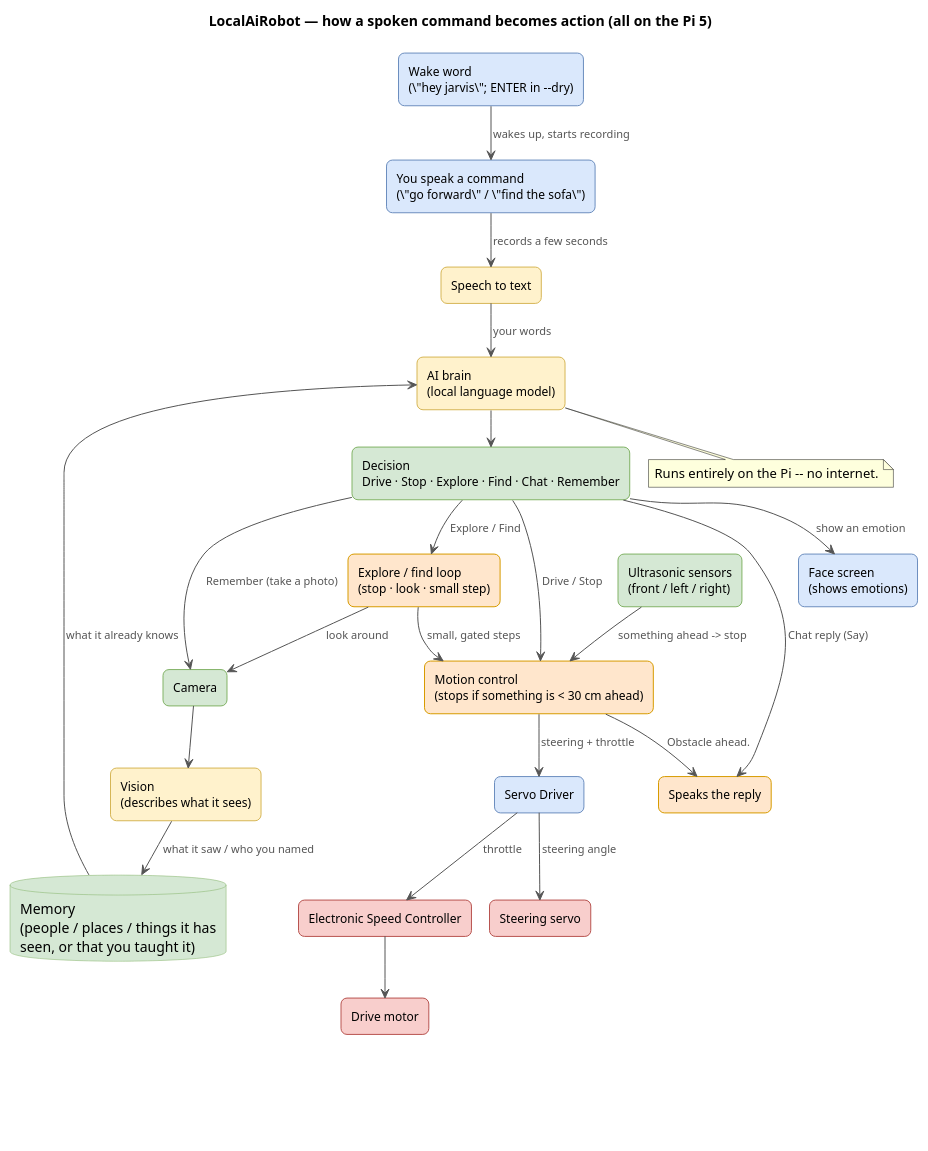
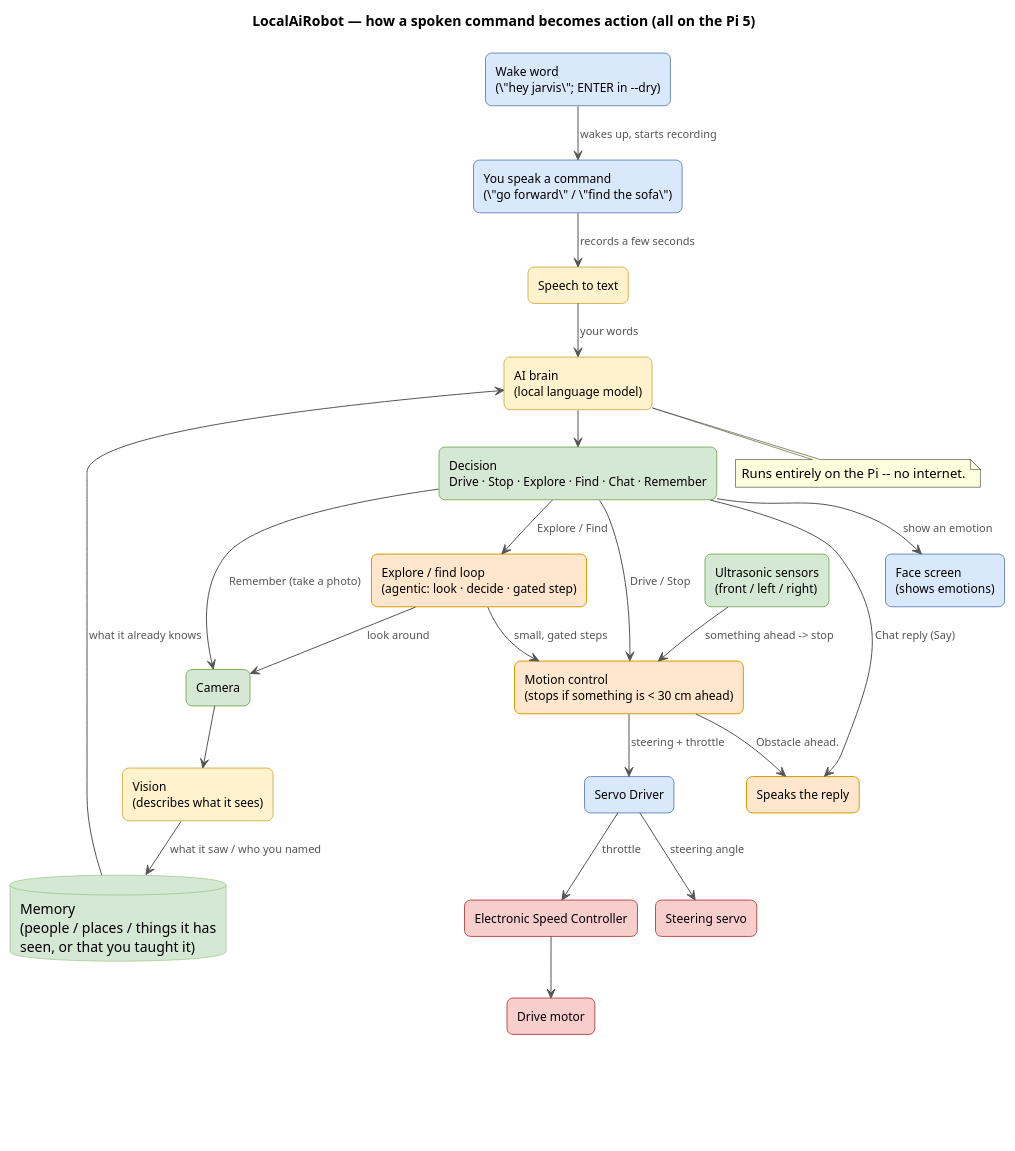
Before and after one commit to shen747/LocalAiRobot: the diagram in docs/images/basic_control_flow.puml, drawn with PlantUML. The commit also changed 20 other files, not shown here.

```diff
--- a/docs/images/basic_control_flow.puml
+++ b/docs/images/basic_control_flow.puml
@@ -1,105 +1,105 @@
 @startuml basic_control_flow
 ' LocalAiRobot — how a spoken command becomes action (everything runs on the Pi 5).
 ' This source lives next to its render. Regenerate in place (writes basic_control_flow.png here):
 '   plantuml -tpng docs/images/basic_control_flow.puml
 ' No Graphviz needed: !pragma layout smetana uses PlantUML's pure-Java layout engine.
 '
 ' Deliberately plain-English labels (no part numbers / bus jargon). Stages read TOP-TO-BOTTOM and are
 ' grouped by COLOUR, not by boxes: smetana crashes (IllegalStateException in mincross) on nested
 ' "rectangle { }" containers once edges cross between them. Real boxed groups would need Graphviz.
 '   COLOUR KEY:  blue = you / audio in   yellow = the AI   green = data it works with
 '                orange = control logic   red = the motors/wheels
 !pragma layout smetana
 hide stereotype
 title LocalAiRobot — how a spoken command becomes action (all on the Pi 5)
 
 skinparam backgroundColor white
 skinparam shadowing false
 skinparam defaultFontName Helvetica
 skinparam ArrowColor #555555
 skinparam ArrowFontColor #555555
 skinparam ArrowFontSize 11
 skinparam databaseBackgroundColor #D5E8D4
 skinparam databaseBorderColor #82B366
 skinparam rectangle {
   RoundCorner 12
   FontSize 12
   BorderThickness 1
   BackgroundColor<<io>> #DAE8FC
   BorderColor<<io>> #6C8EBF
   BackgroundColor<<model>> #FFF2CC
   BorderColor<<model>> #D6B656
   BackgroundColor<<data>> #D5E8D4
   BorderColor<<data>> #82B366
   BackgroundColor<<motor>> #F8CECC
   BorderColor<<motor>> #B85450
   BackgroundColor<<proc>> #FFE6CC
   BorderColor<<proc>> #D79B00
   BackgroundColor<<pad>> #FFFFFF
   BorderColor<<pad>> #FFFFFF
 }
 top to bottom direction
 
 ' ---------- 1. LISTEN (blue): the wake word comes first, THEN you speak ----------
 rectangle "Wake word\n(\"hey jarvis\"; ENTER in --dry)" as wake <<io>>
 rectangle "You speak a command\n(\"go forward\" / \"find the sofa\")" as voice <<io>>
 rectangle "Speech to text" as stt <<model>>
 
 ' ---------- 2. THINK (yellow = AI, green = data) ----------
 rectangle "AI brain\n(local language model)" as brain <<model>>
 database "Memory\n(people / places / things it has\nseen, or that you taught it)" as mem
 rectangle "Decision\nDrive · Stop · Explore · Find · Chat · Remember" as decision <<data>>
 
 ' ---------- 3. SEE (green) ----------
 rectangle "Camera" as cam <<data>>
 rectangle "Vision\n(describes what it sees)" as vision <<model>>
 
 ' ---------- 4. ACT (orange = control, red = motors) ----------
-rectangle "Explore / find loop\n(stop · look · small step)" as explore <<proc>>
+rectangle "Explore / find loop\n(agentic: look · decide · gated step)" as explore <<proc>>
 rectangle "Ultrasonic sensors\n(front / left / right)" as sensors <<data>>
 rectangle "Motion control\n(stops if something is < 30 cm ahead)" as motion <<proc>>
 rectangle "Servo Driver" as servodrv <<io>>
 rectangle "Electronic Speed Controller" as esc <<motor>>
 rectangle "Drive motor" as dmotor <<motor>>
 rectangle "Steering servo" as servo <<motor>>
 
 ' ---------- 5. RESPOND (blue / orange) ----------
 rectangle "Speaks the reply" as tts <<proc>>
 rectangle "Face screen\n(shows emotions)" as face <<io>>
 
 ' ---------- the main path: wake word -> you talk -> it understands -> it decides ----------
 wake --> voice : wakes up, starts recording
 voice --> stt : records a few seconds
 stt --> brain : your words
 mem --> brain : what it already knows
 brain --> decision
 
 ' ---------- what the decision leads to ----------
 decision --> motion : Drive / Stop
 decision --> explore : Explore / Find
 decision --> cam : Remember (take a photo)
 decision --> tts : Chat reply (Say)
 decision --> face : show an emotion
 
 ' ---------- seeing + remembering ----------
 cam --> vision
 vision --> mem : what it saw / who you named
 explore --> cam : look around
 explore --> motion : small, gated steps
 
 ' ---------- driving the wheels ----------
 sensors --> motion : something ahead -> stop
 motion --> tts : "Obstacle ahead."
 motion --> servodrv : steering + throttle
 servodrv --> esc : throttle
 esc --> dmotor
 servodrv --> servo : steering angle
 
 ' blank, invisible box (white-on-white) to leave breathing room below the last box (Drive motor)
 rectangle " \n \n " as pad <<pad>>
 dmotor -[hidden]-> pad
 
 note bottom of brain
   Runs entirely on the Pi -- no internet.
 end note
 @enduml
```
